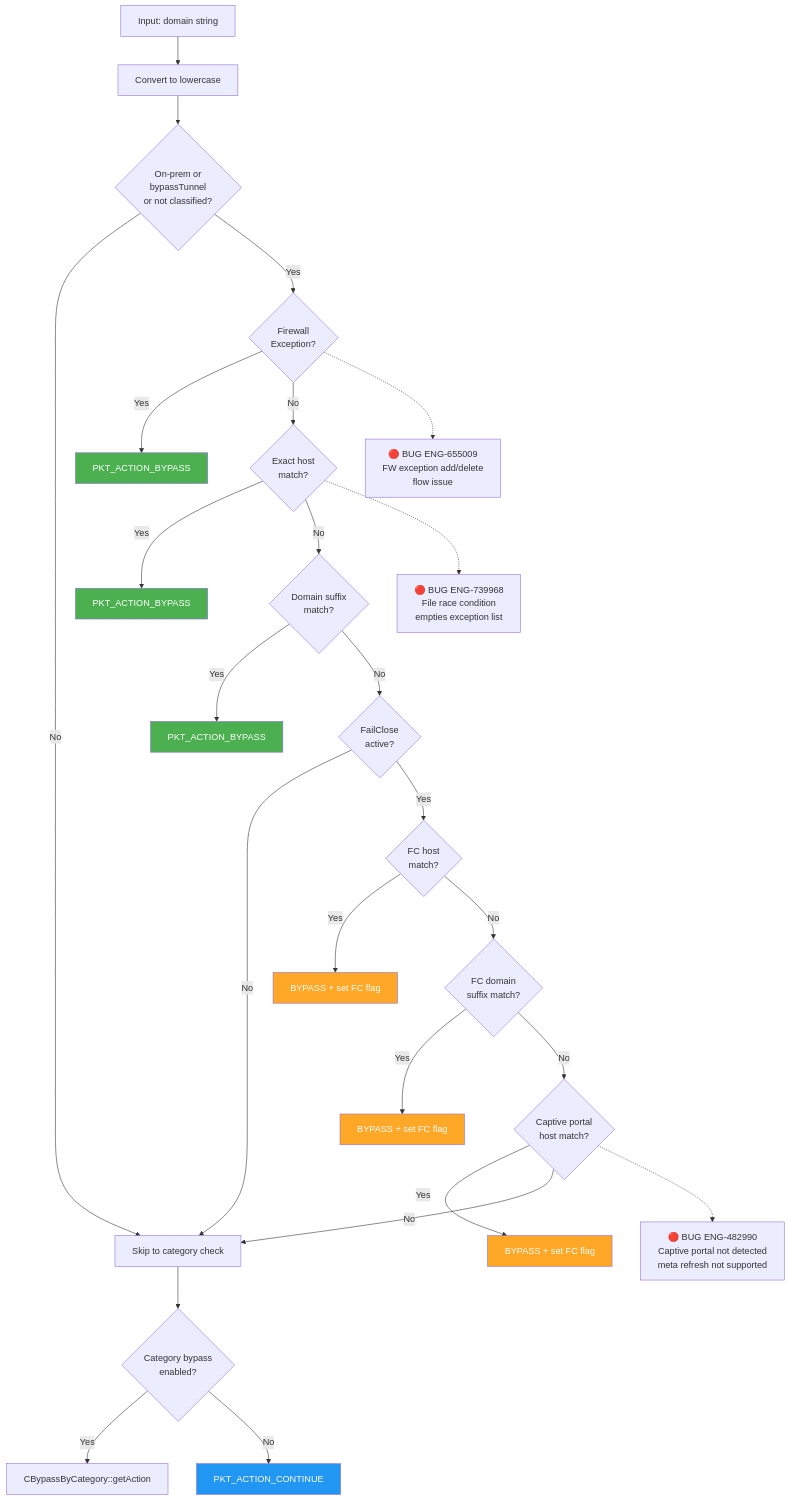
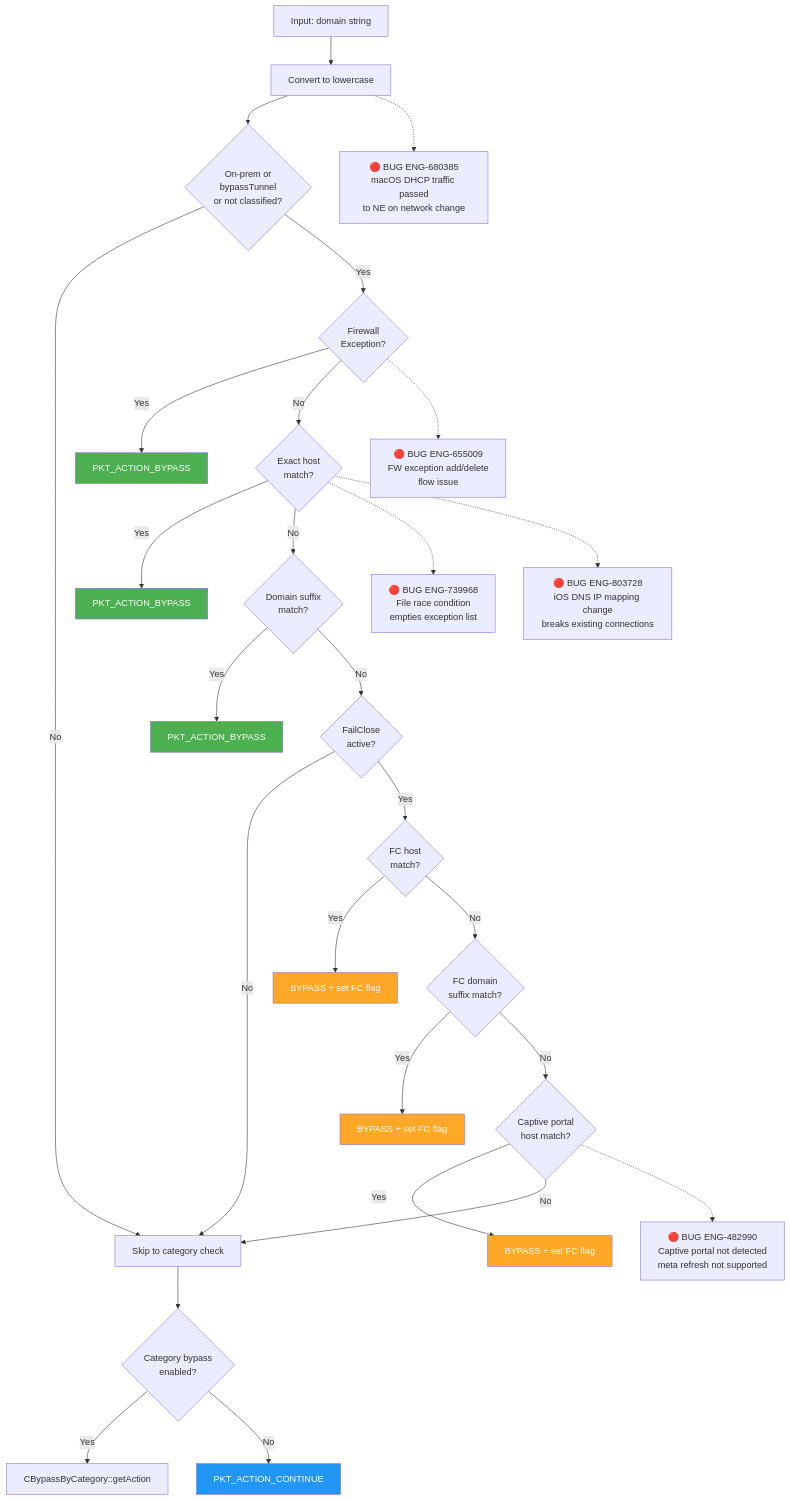
The fourth of 10 diagrams in chapters/10_bypass.md (ns-klin/endpoint_system_test_plan), drawn with Mermaid before and after one commit. The commit also changed other lines of this file and 26 other files, not shown here.

First line of the commit message:
Add 87 bugs from Excel enrichment and integrate into mermaid diagrams

````diff
--- a/chapters/10_bypass.md
+++ b/chapters/10_bypass.md
@@ -263,36 +290,39 @@
 ```mermaid
 flowchart TD
     DOMAIN[Input: domain string] --> LOWER[Convert to lowercase]
     LOWER --> ONPREM{On-prem or<br/>bypassTunnel<br/>or not classified?}
     ONPREM -->|No| CATEGORY[Skip to category check]
     ONPREM -->|Yes| FW{Firewall<br/>Exception?}
     FW -->|Yes| BYPASS_FW[PKT_ACTION_BYPASS]
     FW -->|No| HOST{Exact host<br/>match?}
     HOST -->|Yes| BYPASS_HOST[PKT_ACTION_BYPASS]
     HOST -->|No| SUFFIX{Domain suffix<br/>match?}
     SUFFIX -->|Yes| BYPASS_SUFFIX[PKT_ACTION_BYPASS]
     SUFFIX -->|No| FC_ACTIVE{FailClose<br/>active?}
     FC_ACTIVE -->|No| CATEGORY
     FC_ACTIVE -->|Yes| FC_HOST{FC host<br/>match?}
     FC_HOST -->|Yes| BYPASS_FC[BYPASS + set FC flag]
     FC_HOST -->|No| FC_DOMAIN{FC domain<br/>suffix match?}
     FC_DOMAIN -->|Yes| BYPASS_FC2[BYPASS + set FC flag]
     FC_DOMAIN -->|No| CP{Captive portal<br/>host match?}
     CP -->|Yes| BYPASS_CP[BYPASS + set FC flag]
     CP -->|No| CATEGORY
     CATEGORY --> CAT_CHECK{Category bypass<br/>enabled?}
     CAT_CHECK -->|Yes| CAT_LOOKUP[CBypassByCategory::getAction]
     CAT_CHECK -->|No| CONTINUE[PKT_ACTION_CONTINUE]
 
     HOST -.-> BUG_RACE["🔴 BUG ENG-739968<br/>File race condition<br/>empties exception list"]
     FW -.-> BUG_FW["🔴 BUG ENG-655009<br/>FW exception add/delete<br/>flow issue"]
     CP -.-> BUG_CP["🔴 BUG ENG-482990<br/>Captive portal not detected<br/>meta refresh not supported"]
 
+    LOWER -.-> BUG_DHCP["🔴 BUG ENG-680385<br/>macOS DHCP traffic passed<br/>to NE on network change"]
+    HOST -.-> BUG_DNS_MAP["🔴 BUG ENG-803728<br/>iOS DNS IP mapping change<br/>breaks existing connections"]
+
     style BYPASS_FW fill:#4CAF50,color:#fff
     style BYPASS_HOST fill:#4CAF50,color:#fff
     style BYPASS_SUFFIX fill:#4CAF50,color:#fff
     style BYPASS_FC fill:#FFA726,color:#fff
     style BYPASS_FC2 fill:#FFA726,color:#fff
     style BYPASS_CP fill:#FFA726,color:#fff
     style CONTINUE fill:#2196F3,color:#fff
 ```
````
